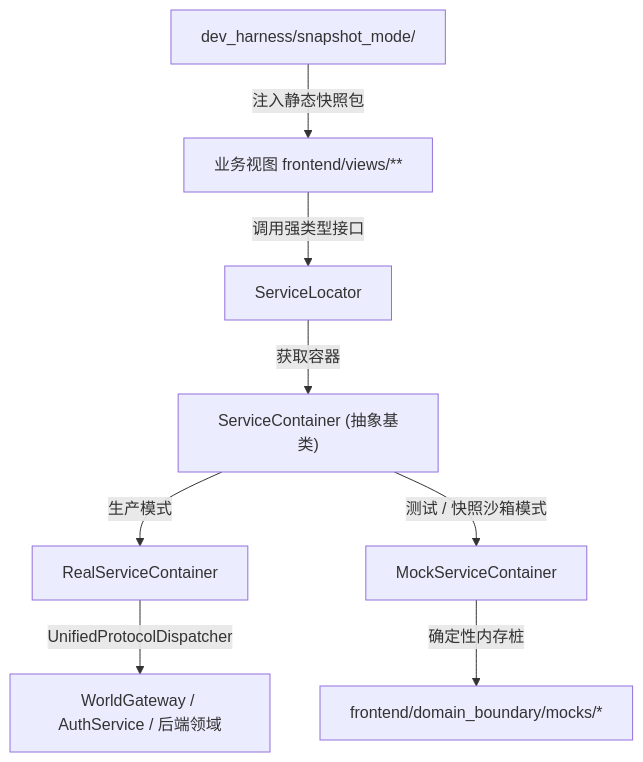
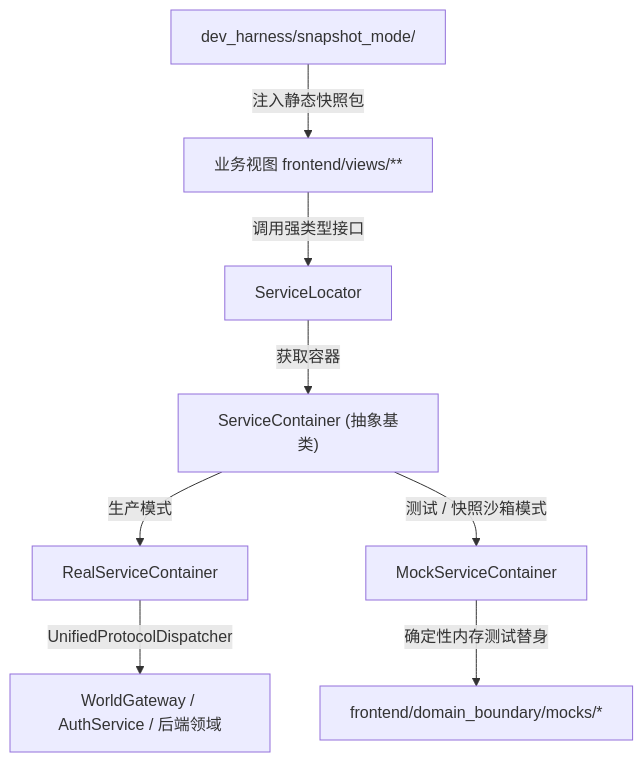
Before and after one commit to guilingzhouyi-creator/vscode-extensions: the diagram in WebGames/docs/源码文档/00_架构总览/04_前端表现层解耦协议.md, drawn with Mermaid. The commit also changed other lines of this file and 24 other files, not shown here.

````diff
--- a/WebGames/docs/源码文档/00_架构总览/04_前端表现层解耦协议.md
+++ b/WebGames/docs/源码文档/00_架构总览/04_前端表现层解耦协议.md
@@ -19,10 +19,10 @@
 ```mermaid
 flowchart TD
     Views["业务视图 frontend/views/**"] -->|"调用强类型接口"| Loc["ServiceLocator"]
     Loc -->|"获取容器"| Cont["ServiceContainer (抽象基类)"]
     Cont -->|"生产模式"| Real["RealServiceContainer"]
     Cont -->|"测试 / 快照沙箱模式"| Mock["MockServiceContainer"]
     Real -->|"UnifiedProtocolDispatcher"| Backend["WorldGateway / AuthService / 后端领域"]
-    Mock -->|"确定性内存桩"| Mocks["frontend/domain_boundary/mocks/*"]
+    Mock -->|"确定性内存测试替身"| Mocks["frontend/domain_boundary/mocks/*"]
     DevHarness["dev_harness/snapshot_mode/"] -->|"注入静态快照包"| Views
 ```
````
